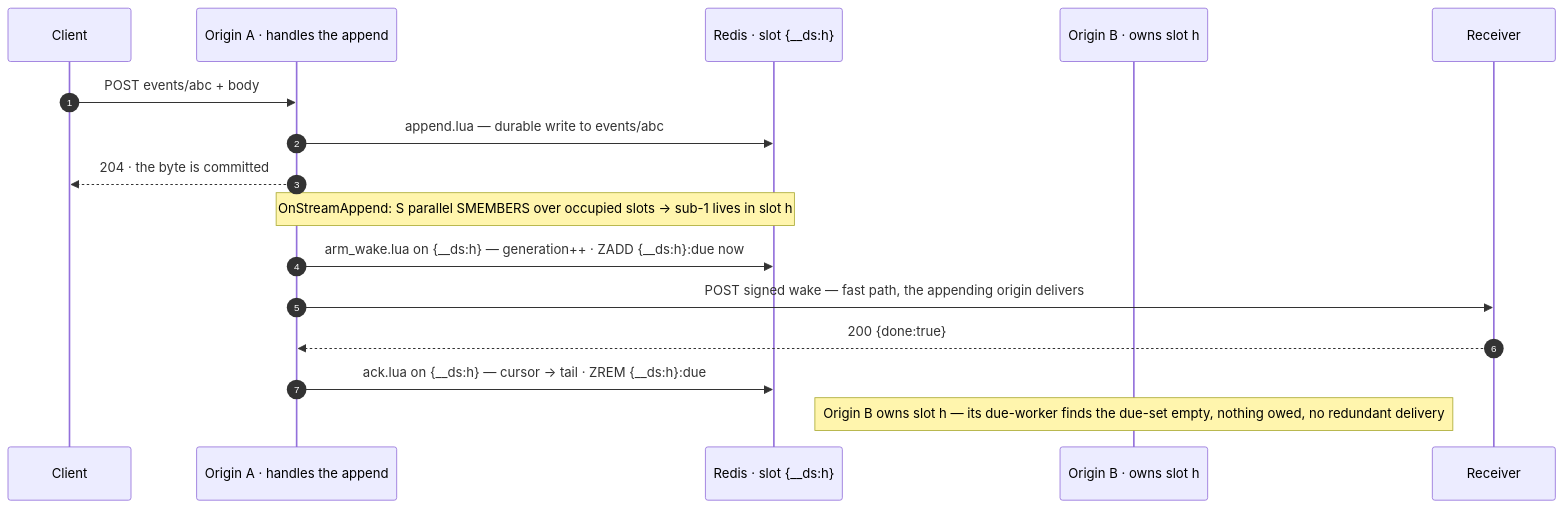
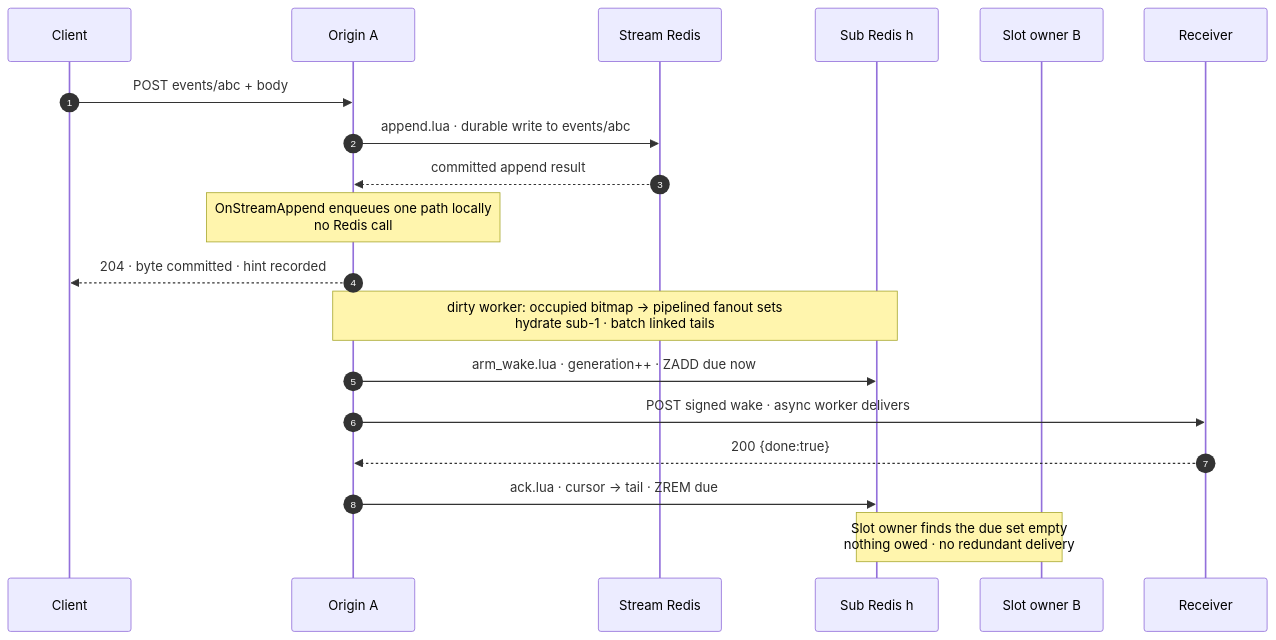
One commit to adityavkk/chronicle changed the diagram in docs-site/diagrams/seq-hs-e2e.mmd. Above: the diagram before and after it, drawn with Mermaid. The commit also changed 30 other files, not shown here.

Commit message:
docs: explain async subscription fanout

```diff
--- a/docs-site/diagrams/seq-hs-e2e.mmd
+++ b/docs-site/diagrams/seq-hs-e2e.mmd
@@ -1,16 +1,19 @@
 sequenceDiagram
     autonumber
     participant Cli as Client
-    participant OA as Origin A · handles the append
-    participant R as Redis · slot {__ds:h}
-    participant OB as Origin B · owns slot h
+    participant OA as Origin A
+    participant RS as Stream Redis
+    participant RC as Sub Redis h
+    participant OB as Slot owner B
     participant Recv as Receiver
     Cli->>OA: POST events/abc + body
-    OA->>R: append.lua — durable write to events/abc
-    OA-->>Cli: 204 · the byte is committed
-    Note over OA,R: OnStreamAppend: S parallel SMEMBERS over occupied slots → sub-1 lives in slot h
-    OA->>R: arm_wake.lua on {__ds:h} — generation++ · ZADD {__ds:h}:due now
-    OA->>Recv: POST signed wake — fast path, the appending origin delivers
+    OA->>RS: append.lua · durable write to events/abc
+    RS-->>OA: committed append result
+    Note over OA: OnStreamAppend enqueues one path locally<br/>no Redis call
+    OA-->>Cli: 204 · byte committed · hint recorded
+    Note over OA,RC: dirty worker: occupied bitmap → pipelined fanout sets<br/>hydrate sub-1 · batch linked tails
+    OA->>RC: arm_wake.lua · generation++ · ZADD due now
+    OA->>Recv: POST signed wake · async worker delivers
     Recv-->>OA: 200 {done:true}
-    OA->>R: ack.lua on {__ds:h} — cursor → tail · ZREM {__ds:h}:due
-    Note over OB: Origin B owns slot h — its due-worker finds the due-set empty, nothing owed, no redundant delivery
+    OA->>RC: ack.lua · cursor → tail · ZREM due
+    Note over RC,OB: Slot owner finds the due set empty<br/>nothing owed · no redundant delivery
```
